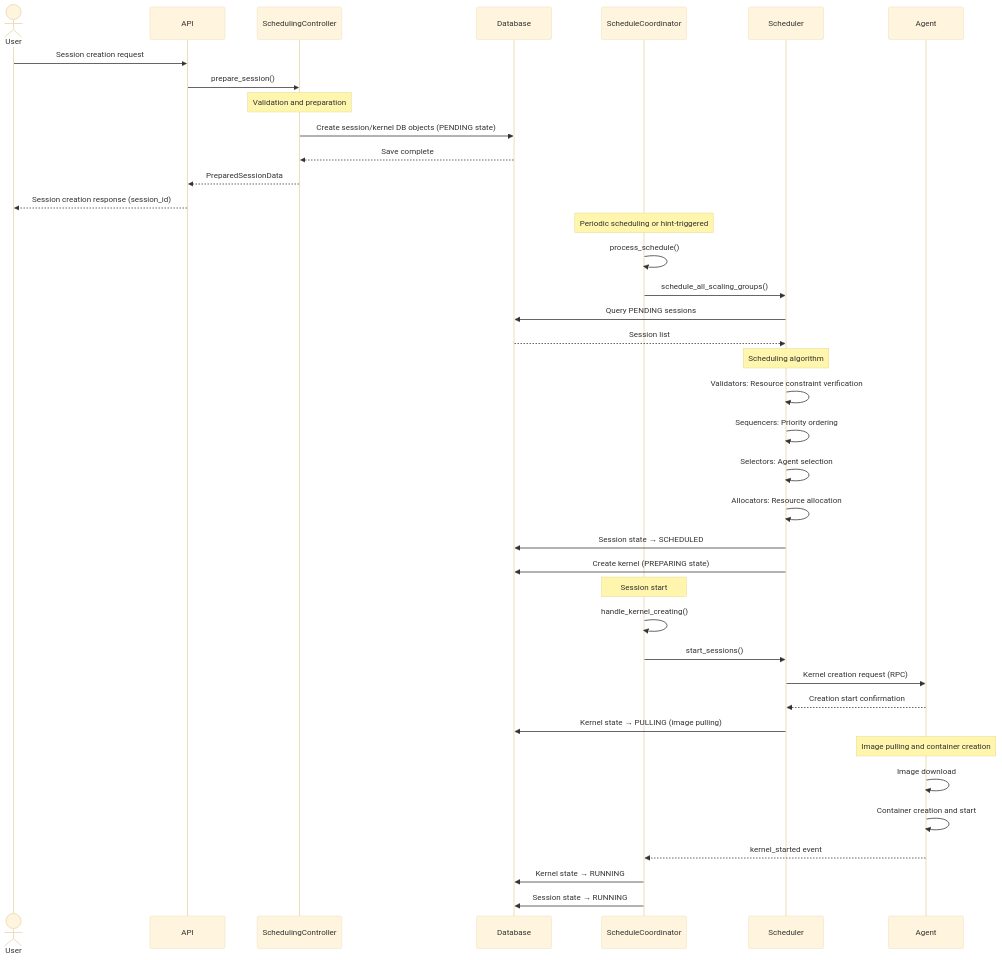
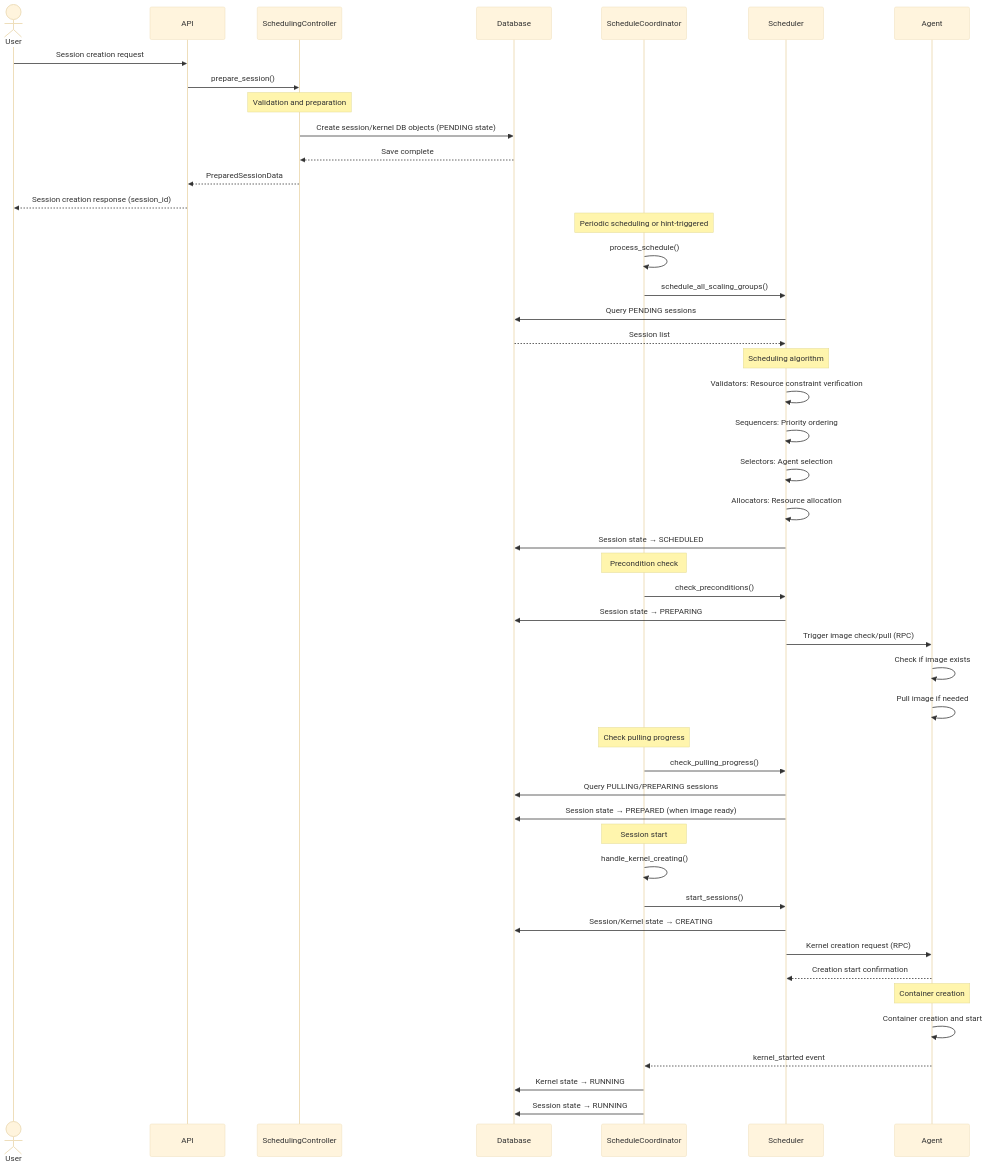
The first of 3 diagrams in src/ai/backend/manager/sokovan/README.md (lablup/backend.ai), drawn with Mermaid (base theme) before and after one commit. The commit also changed other lines of this file and 9 other files, not shown here.

````diff
--- a/src/ai/backend/manager/sokovan/README.md
+++ b/src/ai/backend/manager/sokovan/README.md
@@ -172,52 +172,61 @@
 ```mermaid
 sequenceDiagram
     actor User
     participant API
     participant SC as SchedulingController
     participant DB as Database
     participant Coord as ScheduleCoordinator
     participant Sched as Scheduler
     participant Agent
 
     User->>API: Session creation request
     API->>SC: prepare_session()
 
     Note over SC: Validation and preparation
     SC->>DB: Create session/kernel DB objects (PENDING state)
     DB-->>SC: Save complete
     SC-->>API: PreparedSessionData
     API-->>User: Session creation response (session_id)
 
     Note over Coord: Periodic scheduling or hint-triggered
     Coord->>Coord: process_schedule()
     Coord->>Sched: schedule_all_scaling_groups()
 
     Sched->>DB: Query PENDING sessions
     DB-->>Sched: Session list
 
     Note over Sched: Scheduling algorithm
     Sched->>Sched: Validators: Resource constraint verification
     Sched->>Sched: Sequencers: Priority ordering
     Sched->>Sched: Selectors: Agent selection
     Sched->>Sched: Allocators: Resource allocation
 
     Sched->>DB: Session state → SCHEDULED
-    Sched->>DB: Create kernel (PREPARING state)
+
+    Note over Coord: Precondition check
+    Coord->>Sched: check_preconditions()
+    Sched->>DB: Session state → PREPARING
+    Sched->>Agent: Trigger image check/pull (RPC)
+    Agent->>Agent: Check if image exists
+    Agent->>Agent: Pull image if needed
+
+    Note over Coord: Check pulling progress
+    Coord->>Sched: check_pulling_progress()
+    Sched->>DB: Query PULLING/PREPARING sessions
+    Sched->>DB: Session state → PREPARED (when image ready)
 
     Note over Coord: Session start
     Coord->>Coord: handle_kernel_creating()
     Coord->>Sched: start_sessions()
+    Sched->>DB: Session/Kernel state → CREATING
 
     Sched->>Agent: Kernel creation request (RPC)
     Agent-->>Sched: Creation start confirmation
 
-    Sched->>DB: Kernel state → PULLING (image pulling)
-
-    Note over Agent: Image pulling and container creation
-    Agent->>Agent: Image download
+    Note over Agent: Container creation
     Agent->>Agent: Container creation and start
 
     Agent-->>Coord: kernel_started event
     Coord->>DB: Kernel state → RUNNING
     Coord->>DB: Session state → RUNNING
 ```
````
